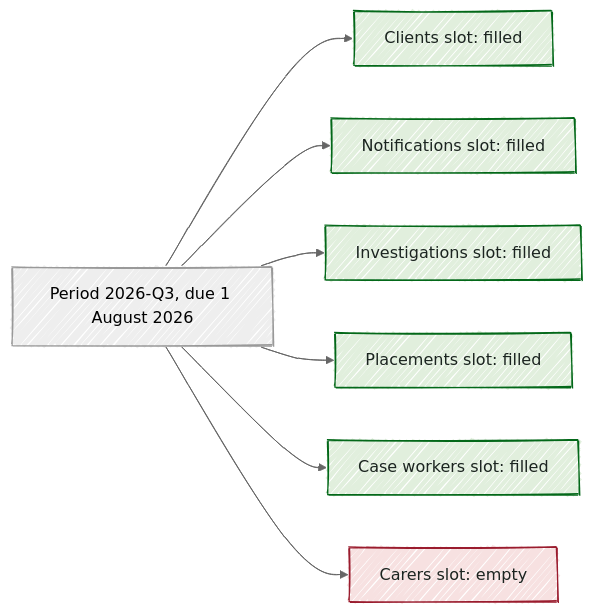
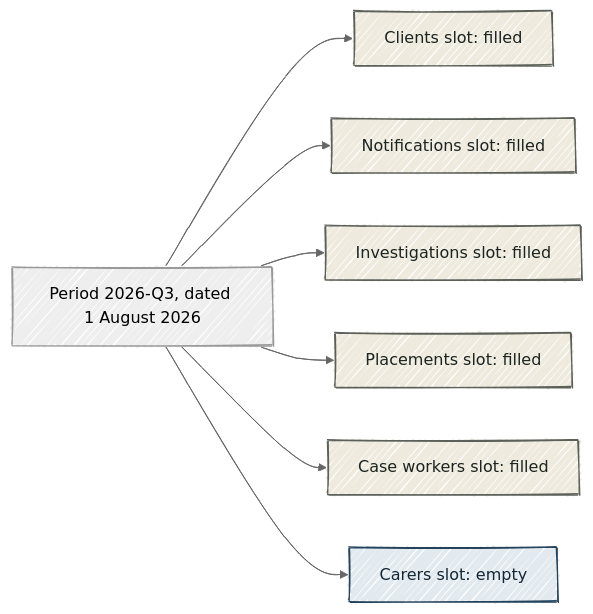
The diagram in .claude/skills/explain/evals/clean.md (keithamoss/data-poc), drawn with Mermaid before and after one commit. The commit also changed other lines of this file and 6 other files, not shown here.

````diff
--- a/.claude/skills/explain/evals/clean.md
+++ b/.claude/skills/explain/evals/clean.md
@@ -54,21 +52,21 @@
 ```mermaid
 ---
 config:
   look: handDrawn
   handDrawnSeed: 42
   theme: neutral
 ---
 flowchart LR
   accTitle: All 6 Child Protection tables have a slot in 2026-Q3, and only the carers slot is still empty.
   accDescr: All 6 Child Protection tables have a slot in 2026-Q3, and only the carers slot is still empty.
-  P["Period 2026-Q3, due 1 August 2026"] --> A["Clients slot: filled"]
+  P["Period 2026-Q3, dated 1 August 2026"] --> A["Clients slot: filled"]
   P --> B["Notifications slot: filled"]
   P --> C["Investigations slot: filled"]
   P --> D["Placements slot: filled"]
   P --> E["Case workers slot: filled"]
   P --> F["Carers slot: empty"]
-  classDef good fill:#E1EFDD,stroke:#036819,color:#1B2420
-  classDef bad fill:#F7E1E1,stroke:#9A1C2E,color:#1B2420
-  class A,B,C,D,E good
-  class F bad
+  classDef filled fill:#EEEADD,stroke:#5B6058,color:#1B2420
+  classDef empty fill:#E3EAEF,stroke:#23425C,color:#132635
+  class A,B,C,D,E filled
+  class F empty
 ```
````
